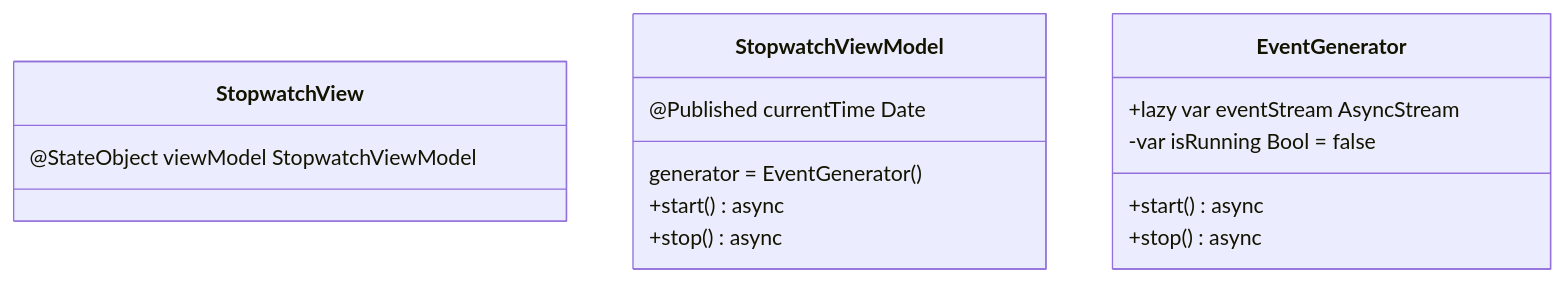
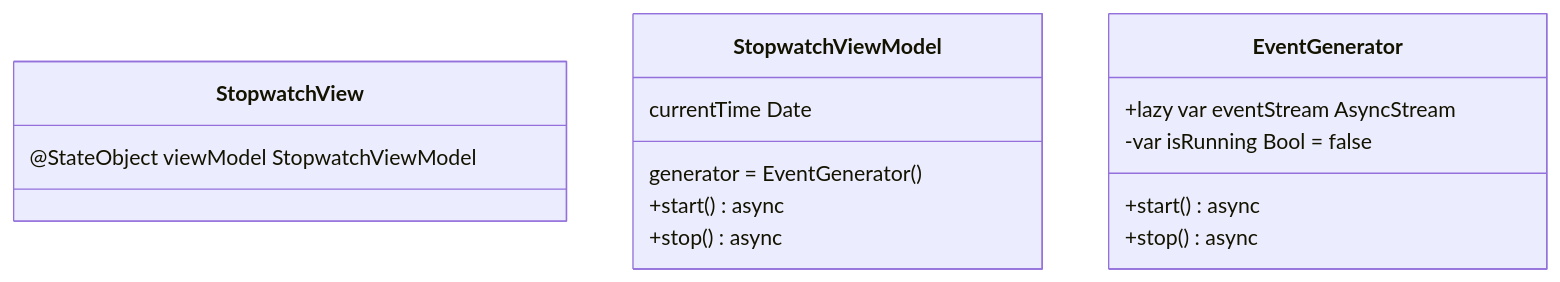
Before and after one commit to pakirby1/AsynchronousProgramming: diagram 12 of 20 in AsynchronousProgramming/Documentation/AsynchronousProgramming.md, drawn with Mermaid. The commit also changed other lines of this file and 6 other files, not shown here.

````diff
--- a/AsynchronousProgramming/Documentation/AsynchronousProgramming.md
+++ b/AsynchronousProgramming/Documentation/AsynchronousProgramming.md
@@ -860,18 +871,18 @@
 ```mermaid
 classDiagram
     class StopwatchView
     class StopwatchViewModel
     class EventGenerator
     
     StopwatchView : @StateObject viewModel StopwatchViewModel
     
-    StopwatchViewModel: @Published currentTime Date
+    StopwatchViewModel: currentTime Date
     StopwatchViewModel: generator = EventGenerator()
     StopwatchViewModel: +start() async
     StopwatchViewModel: +stop() async
     
     EventGenerator: +lazy var eventStream AsyncStream<Int>
     EventGenerator: -var isRunning Bool = false
     EventGenerator: +start() async
     EventGenerator: +stop() async
 ```
````
